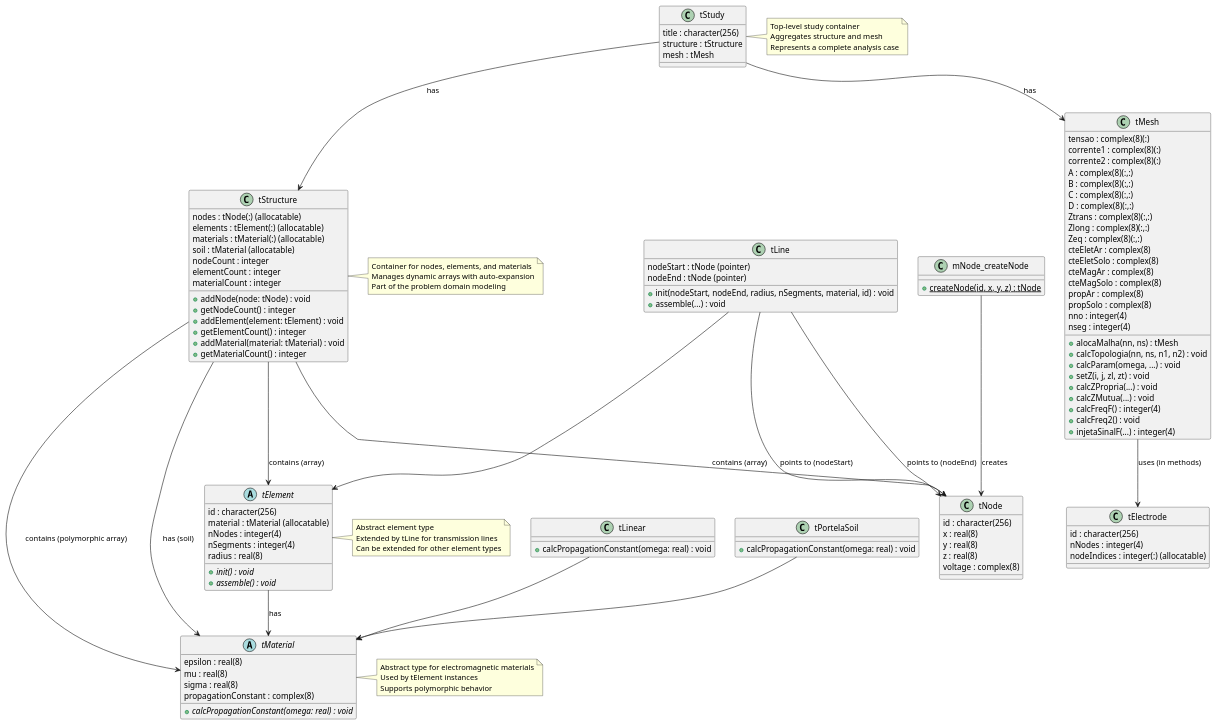
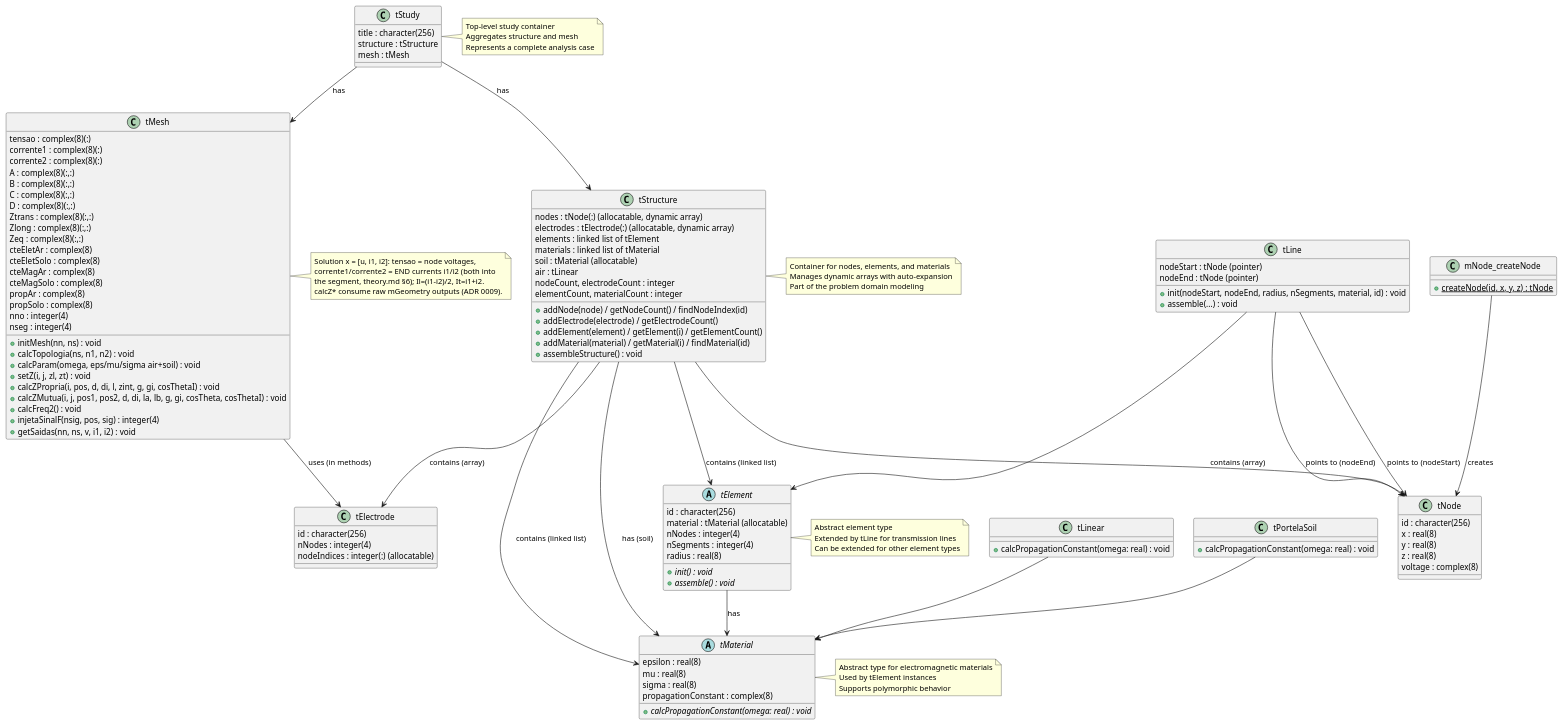
The diagram in docs/object-model.plantuml (carloskleber/tupa_ref), drawn with PlantUML before and after one commit. The commit also changed 30 other files, not shown here.

```diff
--- a/docs/object-model.plantuml
+++ b/docs/object-model.plantuml
@@ -1,159 +1,167 @@
 @startuml
 
 ' Abstract classes
 abstract class tMaterial {
     {field} epsilon : real(8)
     {field} mu : real(8)
     {field} sigma : real(8)
     {field} propagationConstant : complex(8)
     {abstract} +calcPropagationConstant(omega: real) : void
 }
 
 abstract class tElement {
     {field} id : character(256)
     {field} material : tMaterial (allocatable)
     {field} nNodes : integer(4)
     {field} nSegments : integer(4)
     {field} radius : real(8)
     {abstract} +init() : void
     {abstract} +assemble() : void
 }
 
 ' Concrete Material implementations
 class tLinear {
     +calcPropagationConstant(omega: real) : void
 }
 
 class tPortelaSoil {
     +calcPropagationConstant(omega: real) : void
 }
 
 ' Per ADR 0007, further dispersive-soil subtypes (tLongmireSmithSoil,
 ' tVisacroAlipioSoil, ...) are siblings of tPortelaSoil under tMaterial,
 ' not variants folded into a single generic soil class.
 
 ' Concrete Element implementation
 class tLine {
     {field} nodeStart : tNode (pointer)
     {field} nodeEnd : tNode (pointer)
     +init(nodeStart, nodeEnd, radius, nSegments, material, id) : void
     +assemble(...) : void
 }
 
 ' Data types
 class tNode {
     {field} id : character(256)
     {field} x : real(8)
     {field} y : real(8)
     {field} z : real(8)
     {field} voltage : complex(8)
 }
 
 class tElectrode {
     {field} id : character(256)
     {field} nNodes : integer(4)
     {field} nodeIndices : integer(:) (allocatable)
 }
 
 class tMesh {
     {field} tensao : complex(8)(:)
     {field} corrente1 : complex(8)(:)
     {field} corrente2 : complex(8)(:)
     {field} A : complex(8)(:,:)
     {field} B : complex(8)(:,:)
     {field} C : complex(8)(:,:)
     {field} D : complex(8)(:,:)
     {field} Ztrans : complex(8)(:,:)
     {field} Zlong : complex(8)(:,:)
     {field} Zeq : complex(8)(:,:)
     {field} cteEletAr : complex(8)
     {field} cteEletSolo : complex(8)
     {field} cteMagAr : complex(8)
     {field} cteMagSolo : complex(8)
     {field} propAr : complex(8)
     {field} propSolo : complex(8)
     {field} nno : integer(4)
     {field} nseg : integer(4)
-    +alocaMalha(nn, ns) : tMesh
-    +calcTopologia(nn, ns, n1, n2) : void
-    +calcParam(omega, ...) : void
+    +initMesh(nn, ns) : void
+    +calcTopologia(ns, n1, n2) : void
+    +calcParam(omega, eps/mu/sigma air+soil) : void
     +setZ(i, j, zl, zt) : void
-    +calcZPropria(...) : void
-    +calcZMutua(...) : void
-    +calcFreqF() : integer(4)
+    +calcZPropria(i, pos, d, di, l, zint, g, gi, cosThetaI) : void
+    +calcZMutua(i, j, pos1, pos2, d, di, la, lb, g, gi, cosTheta, cosThetaI) : void
     +calcFreq2() : void
-    +injetaSinalF(...) : integer(4)
+    +injetaSinalF(nsig, pos, sig) : integer(4)
+    +getSaidas(nn, ns, v, i1, i2) : void
 }
 
+note right of tMesh
+  Solution x = [u, i1, i2]: tensao = node voltages,
+  corrente1/corrente2 = END currents i1/i2 (both into
+  the segment, theory.md §6); Il=(i1-i2)/2, It=i1+i2.
+  calcZ* consume raw mGeometry outputs (ADR 0009).
+end note
+
 class tStructure {
-    {field} nodes : tNode(:) (allocatable)
-    {field} elements : tElement(:) (allocatable)
-    {field} materials : tMaterial(:) (allocatable)
+    {field} nodes : tNode(:) (allocatable, dynamic array)
+    {field} electrodes : tElectrode(:) (allocatable, dynamic array)
+    {field} elements : linked list of tElement
+    {field} materials : linked list of tMaterial
     {field} soil : tMaterial (allocatable)
-    {field} nodeCount : integer
-    {field} elementCount : integer
-    {field} materialCount : integer
-    +addNode(node: tNode) : void
-    +getNodeCount() : integer
-    +addElement(element: tElement) : void
-    +getElementCount() : integer
-    +addMaterial(material: tMaterial) : void
-    +getMaterialCount() : integer
+    {field} air : tLinear
+    {field} nodeCount, electrodeCount : integer
+    {field} elementCount, materialCount : integer
+    +addNode(node) / getNodeCount() / findNodeIndex(id)
+    +addElectrode(electrode) / getElectrodeCount()
+    +addElement(element) / getElement(i) / getElementCount()
+    +addMaterial(material) / getMaterial(i) / findMaterial(id)
+    +assembleStructure() : void
 }
 
 class tStudy {
     {field} title : character(256)
     {field} structure : tStructure
     {field} mesh : tMesh
 }
 
 ' Helper module
 class mNode_createNode {
     {static} +createNode(id, x, y, z) : tNode
 }
 
 ' Inheritance relationships
 tLinear --> tMaterial
 tPortelaSoil --> tMaterial
 tLine --> tElement
 
 ' Composition/Association relationships
 tElement --> tMaterial : has
 tLine --> tNode : points to (nodeStart)
 tLine --> tNode : points to (nodeEnd)
 tStructure --> tNode : contains (array)
-tStructure --> tElement : contains (array)
-tStructure --> tMaterial : contains (polymorphic array)
+tStructure --> tElectrode : contains (array)
+tStructure --> tElement : contains (linked list)
+tStructure --> tMaterial : contains (linked list)
 tStructure --> tMaterial : has (soil)
 tStudy --> tStructure : has
 tStudy --> tMesh : has
 tMesh --> tElectrode : uses (in methods)
 
 ' Constructor function
 mNode_createNode --> tNode : creates
 
 note right of tMaterial
   Abstract type for electromagnetic materials
   Used by tElement instances
   Supports polymorphic behavior
 end note
 
 note right of tElement
   Abstract element type
   Extended by tLine for transmission lines
   Can be extended for other element types
 end note
 
 note right of tStructure
   Container for nodes, elements, and materials
   Manages dynamic arrays with auto-expansion
   Part of the problem domain modeling
 end note
 
 note right of tStudy
   Top-level study container
   Aggregates structure and mesh
   Represents a complete analysis case
 end note
 
 @enduml
```
